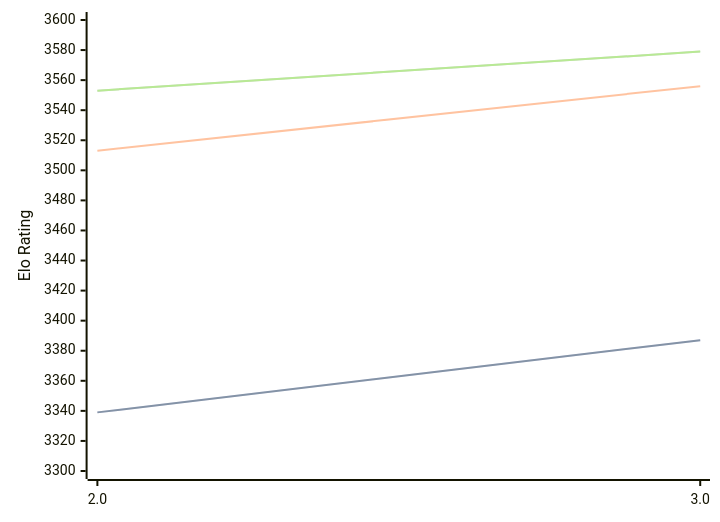
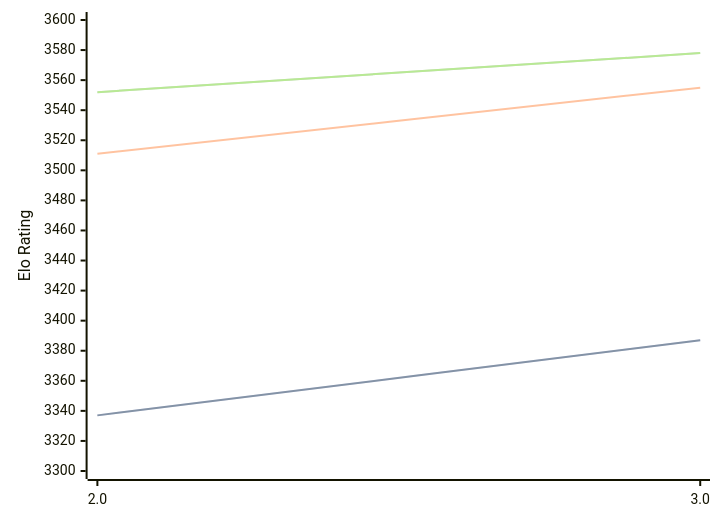
Before and after one commit to computer-chess-index/cci: the diagram in engines/Quanticade.md, drawn with Mermaid. The commit also changed other lines of this file, not shown here.

Commit message:
Update CCI Ratings (ELO VLTC) - 2026-03-07

````diff
--- a/engines/Quanticade.md
+++ b/engines/Quanticade.md
@@ -39,11 +39,11 @@
 ```mermaid
 %%{init: {"theme":"base","themeVariables":{"seriesColors:['#a3a3a3','#222221','#faa371']}}}%%
 xychart-beta
   x-axis ["2.0", "3.0"]
   y-axis "Elo Rating" 3300 --> 3600
-  line "STC (8.0+0.08s)" [3339, 3387]
-  line "STC (8.0+0.08s)" [3339, 3387]
-  line "LTC (60.0+0.60s)" [3513, 3556]
-  line "VLTC (2m24s+1.12s)" [3553, 3579]
-  line "VLTC (2m24s+1.12s)" [3553, 3579]
+  line "STC (8.0+0.08s)" [3337, 3387]
+  line "STC (8.0+0.08s)" [3337, 3387]
+  line "LTC (60.0+0.60s)" [3511, 3555]
+  line "VLTC (2m24s+1.12s)" [3552, 3578]
+  line "VLTC (2m24s+1.12s)" [3552, 3578]
 ```
````
